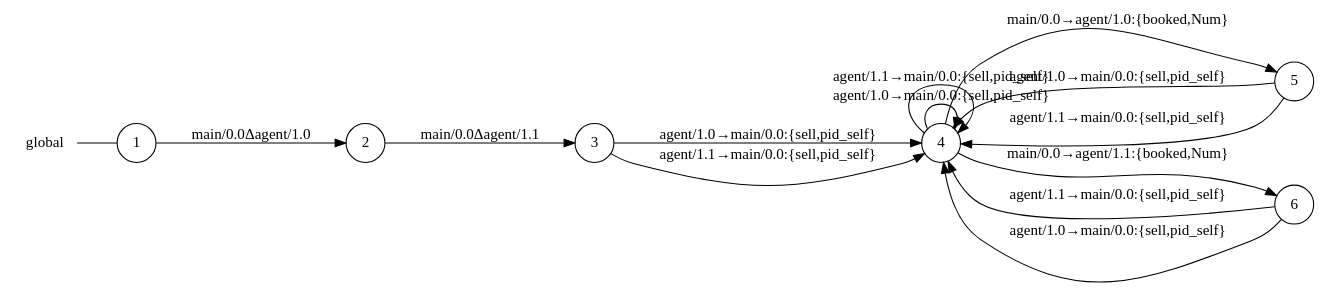
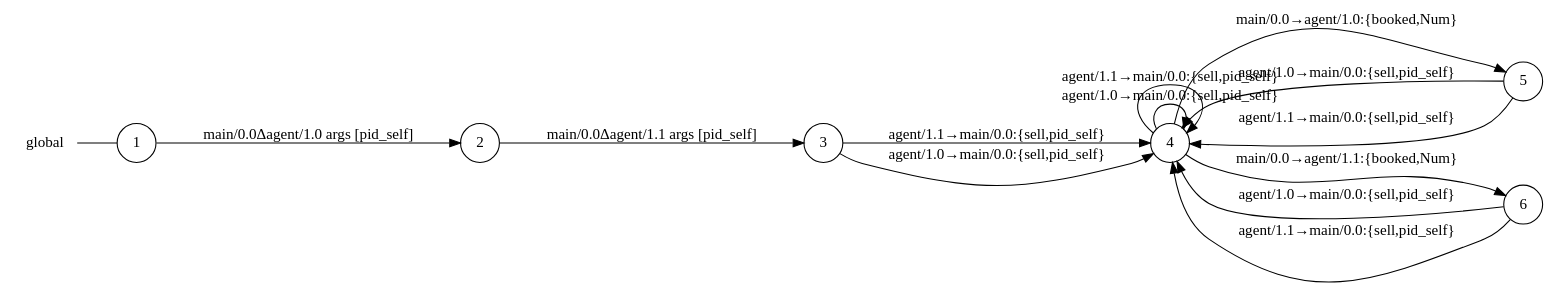
One commit to gabrielegenovese/chorer changed the diagram in examples/airline/main_0_global_view.dot. Above: the diagram before and after it, drawn with Graphviz. The commit also changed 1 other file, not shown here.

Commit message:
added args of spawn to gv

```diff
--- a/examples/airline/main_0_global_view.dot
+++ b/examples/airline/main_0_global_view.dot
@@ -1,24 +1,24 @@
 digraph global {
 	rankdir="LR";
 	n_0 [label="global", shape="plaintext"];
 	n_1 [id="5", shape=circle, label="5"];
 	n_2 [id="6", shape=circle, label="6"];
 	n_3 [id="1", shape=circle, label="1"];
 	n_0 -> n_3 [arrowhead=none];
 	n_4 [id="2", shape=circle, label="2"];
 	n_5 [id="4", shape=circle, label="4"];
 	n_6 [id="3", shape=circle, label="3"];
 
-	n_2 -> n_5 [id="[$e|11]", label="agent/1.1→main/0.0:{sell,pid_self}"];
+	n_3 -> n_4 [id="[$e|0]", label="main/0.0Δagent/1.0 args [pid_self]"];
+	n_1 -> n_5 [id="[$e|9]", label="agent/1.0→main/0.0:{sell,pid_self}"];
+	n_5 -> n_1 [id="[$e|5]", label="main/0.0→agent/1.0:{booked,Num}"];
+	n_6 -> n_5 [id="[$e|3]", label="agent/1.1→main/0.0:{sell,pid_self}"];
+	n_1 -> n_5 [id="[$e|8]", label="agent/1.1→main/0.0:{sell,pid_self}"];
+	n_5 -> n_5 [id="[$e|6]", label="agent/1.0→main/0.0:{sell,pid_self}"];
+	n_6 -> n_5 [id="[$e|2]", label="agent/1.0→main/0.0:{sell,pid_self}"];
 	n_2 -> n_5 [id="[$e|10]", label="agent/1.0→main/0.0:{sell,pid_self}"];
 	n_5 -> n_2 [id="[$e|7]", label="main/0.0→agent/1.1:{booked,Num}"];
-	n_6 -> n_5 [id="[$e|2]", label="agent/1.0→main/0.0:{sell,pid_self}"];
-	n_6 -> n_5 [id="[$e|3]", label="agent/1.1→main/0.0:{sell,pid_self}"];
-	n_5 -> n_1 [id="[$e|5]", label="main/0.0→agent/1.0:{booked,Num}"];
-	n_5 -> n_5 [id="[$e|6]", label="agent/1.0→main/0.0:{sell,pid_self}"];
-	n_4 -> n_6 [id="[$e|1]", label="main/0.0Δagent/1.1"];
-	n_1 -> n_5 [id="[$e|9]", label="agent/1.0→main/0.0:{sell,pid_self}"];
-	n_3 -> n_4 [id="[$e|0]", label="main/0.0Δagent/1.0"];
+	n_2 -> n_5 [id="[$e|11]", label="agent/1.1→main/0.0:{sell,pid_self}"];
 	n_5 -> n_5 [id="[$e|4]", label="agent/1.1→main/0.0:{sell,pid_self}"];
-	n_1 -> n_5 [id="[$e|8]", label="agent/1.1→main/0.0:{sell,pid_self}"];
+	n_4 -> n_6 [id="[$e|1]", label="main/0.0Δagent/1.1 args [pid_self]"];
 }
```
